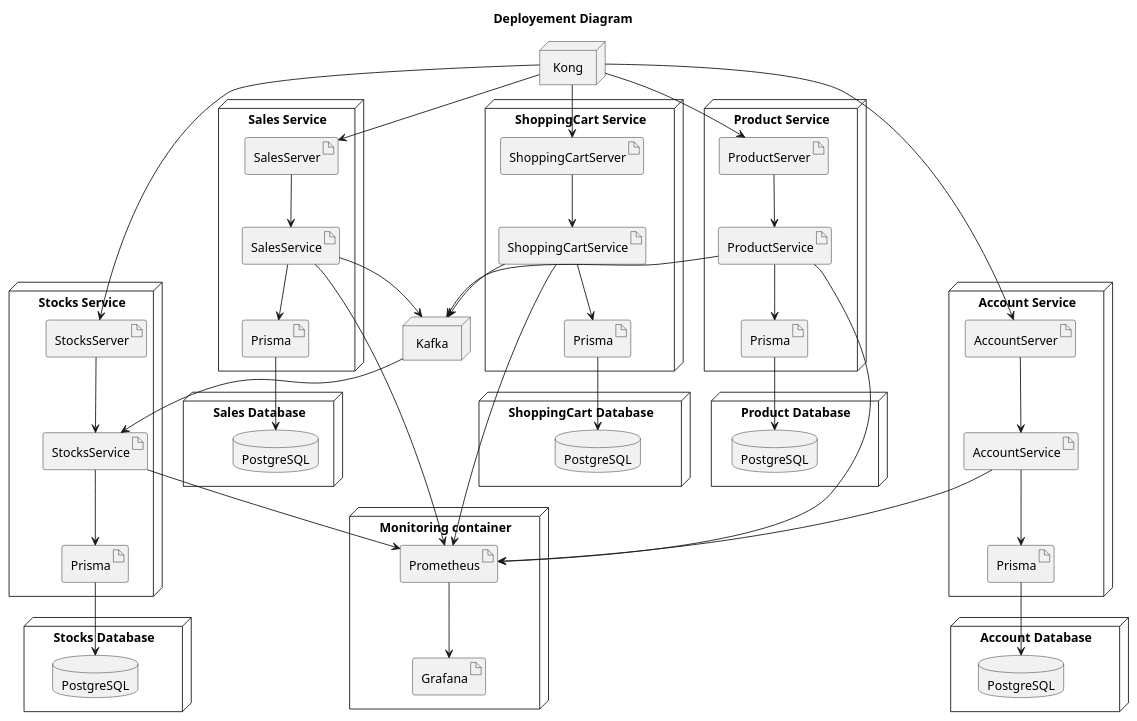
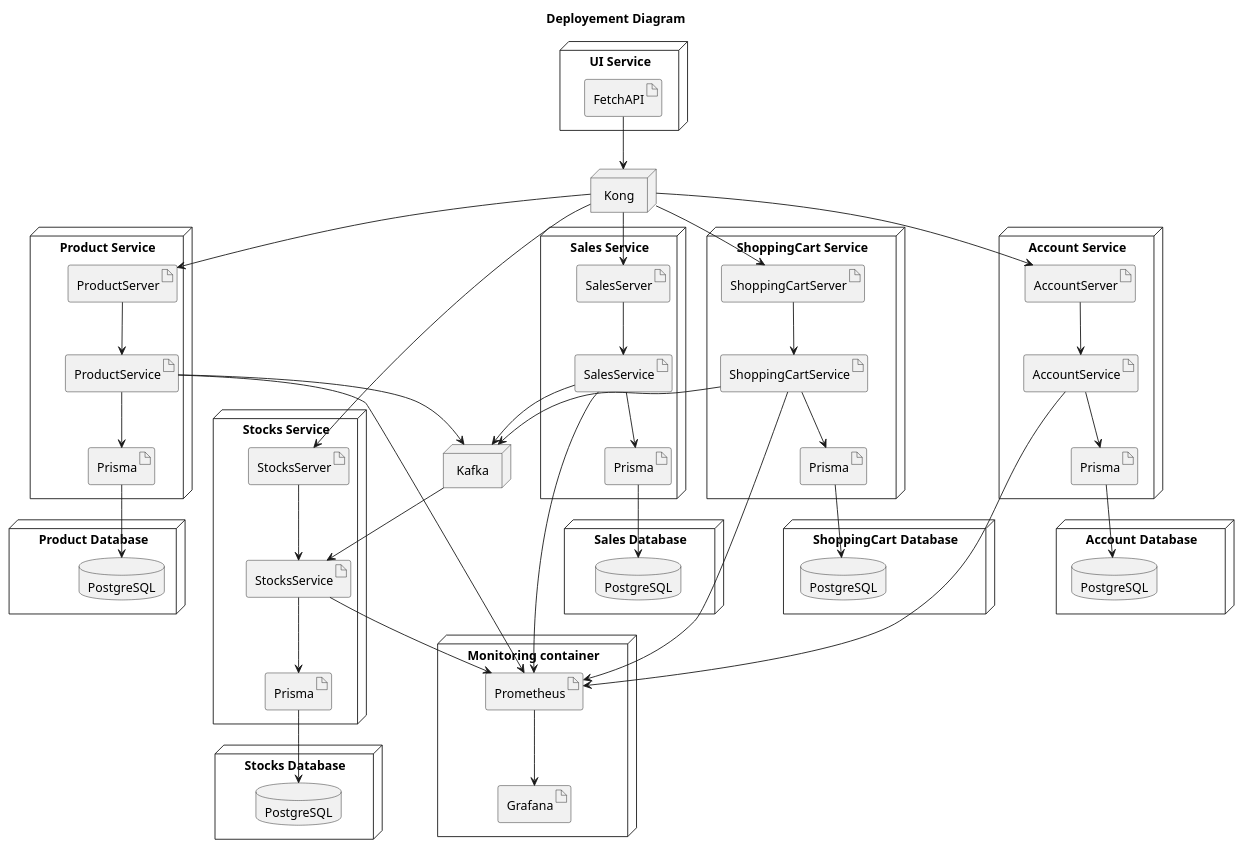
Before and after one commit to ThePhobosDeimosSuite/laboratoire-0_log430: the diagram in docs/UML/deployement.puml, drawn with PlantUML. The commit also changed 27 other files, not shown here.

```diff
--- a/docs/UML/deployement.puml
+++ b/docs/UML/deployement.puml
@@ -1,107 +1,112 @@
 @startuml deployement
 title Deployement Diagram
 
 node "Monitoring container" {
     artifact Prometheus
     artifact Grafana
 }
 
 node "Kong" {
 
 }
 
 node "Kafka" {
 
 }
 
 node "Product Database" {
     database "PostgreSQL" as ProductDB
 }
 
 node "Product Service"  {
     artifact ProductServer
     artifact ProductService
     artifact "Prisma" as ProductPrisma
 }
 
     [Kong] --> [ProductServer]
     [ProductServer] --> [ProductService]
     [ProductService] --> [Prometheus]
     [ProductService] --> [ProductPrisma]
     [ProductPrisma] --> [ProductDB]
 
 node "Sales Database" {
     database "PostgreSQL" as SalesDB
 }
 
 node "Sales Service"  {
     artifact SalesServer
     artifact SalesService
     artifact "Prisma" as SalesPrisma
 }
 
     [Kong] --> [SalesServer]
     [SalesServer] --> [SalesService]
     [SalesService] --> [Prometheus]
     [SalesService] --> [SalesPrisma]
     [SalesPrisma] --> [SalesDB]
 
 node "Stocks Database" {
     database "PostgreSQL" as StocksDB
 }
 
 node "Stocks Service"  {
     artifact StocksServer
     artifact StocksService
     artifact "Prisma" as StocksPrisma
 }
 
     [Kong] --> [StocksServer]
     [StocksServer] --> [StocksService]
     [StocksService] --> [Prometheus]
     [StocksService] --> [StocksPrisma]
     [StocksPrisma] --> [StocksDB]
 
     [SalesService] --> [Kafka]
     [Kafka] --> [StocksService]
 
 
 node "Account Database" {
     database "PostgreSQL" as AccountDB
 }
 
 node "Account Service"  {
     artifact AccountServer
     artifact AccountService
     artifact "Prisma" as AccountPrisma
 }
 
     [Kong] --> [AccountServer]
     [AccountServer] --> [AccountService]
     [AccountService] --> [Prometheus]
     [AccountService] --> [AccountPrisma]
     [AccountPrisma] --> [AccountDB]
 
 node "ShoppingCart Database" {
     database "PostgreSQL" as ShoppingCartDB
 }
 
 node "ShoppingCart Service"  {
     artifact ShoppingCartServer
     artifact ShoppingCartService
     artifact "Prisma" as ShoppingCartPrisma
 }
 
+node "UI Service" {
+    artifact FetchAPI
+}
+
+    [FetchAPI] --> [Kong]
     [Kong] --> [ShoppingCartServer]
     [ShoppingCartServer] --> [ShoppingCartService]
     [ShoppingCartService] --> [Prometheus]
     [ShoppingCartService] --> [ShoppingCartPrisma]
     [ShoppingCartPrisma] --> [ShoppingCartDB]
 
     [ShoppingCartService] --> [Kafka]
 
     [ProductService] --> [Kafka]
 
 
     [Prometheus] --> [Grafana]
 @enduml
```
